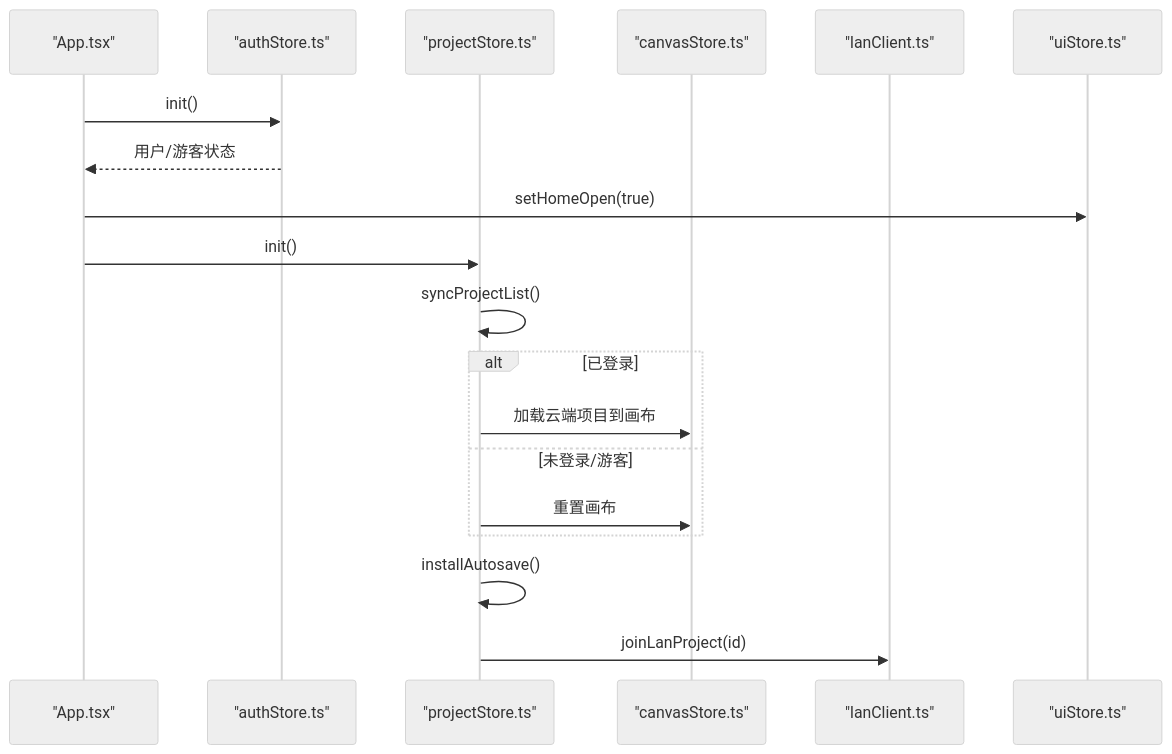
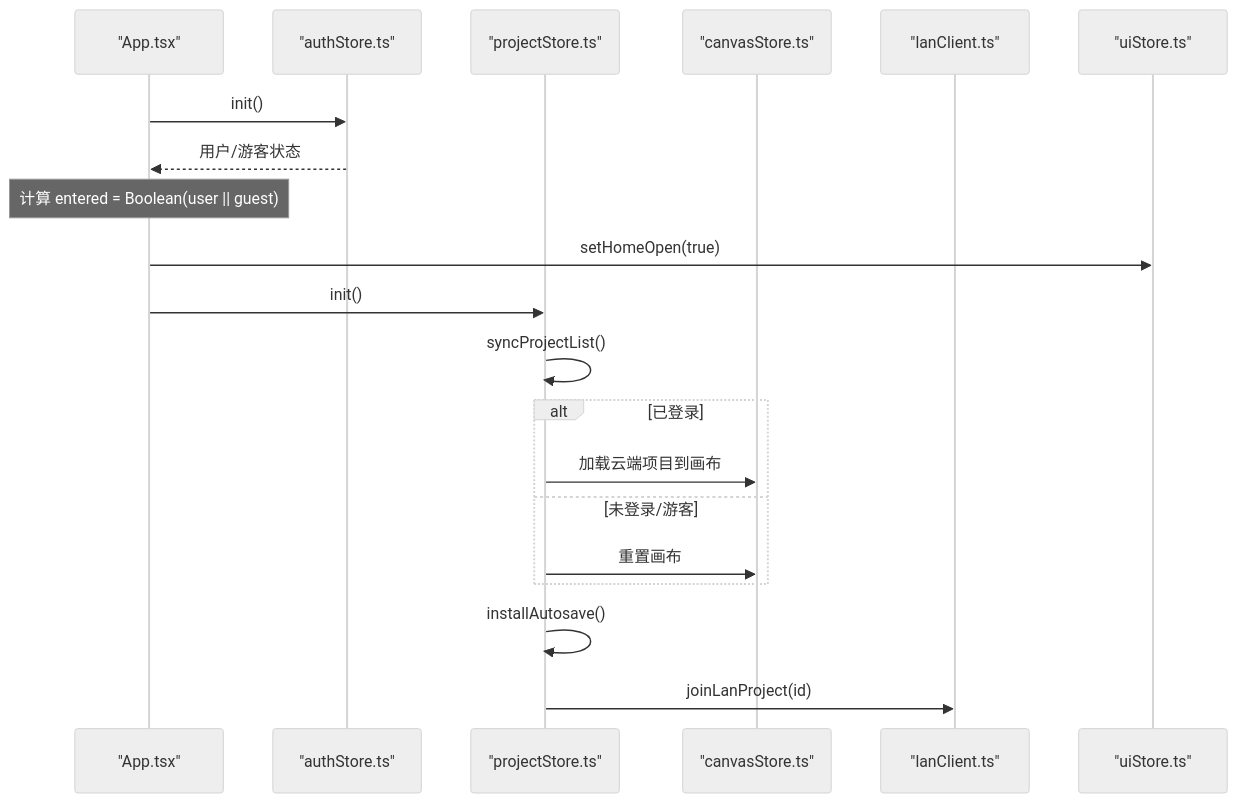
Before and after one commit to suqi-bot/SuQCanvas: the second of 8 diagrams in .qoder/repowiki/zh/content/架构设计/状态管理模式/项目、认证与UI状态/项目、认证与UI状态.md, drawn with Mermaid (neutral theme). The commit also changed other lines of this file and 69 other files, not shown here.

````diff
--- a/.qoder/repowiki/zh/content/架构设计/状态管理模式/项目、认证与UI状态/项目、认证与UI状态.md
+++ b/.qoder/repowiki/zh/content/架构设计/状态管理模式/项目、认证与UI状态/项目、认证与UI状态.md
@@ -119,21 +126,22 @@
 ```mermaid
 sequenceDiagram
 participant A as "App.tsx"
 participant S as "authStore.ts"
 participant P as "projectStore.ts"
 participant C as "canvasStore.ts"
 participant L as "lanClient.ts"
 participant U as "uiStore.ts"
 A->>S : init()
 S-->>A : 用户/游客状态
+Note over A : 计算 entered = Boolean(user || guest)
 A->>U : setHomeOpen(true)
 A->>P : init()
 P->>P : syncProjectList()
 alt 已登录
 P->>C : 加载云端项目到画布
 else 未登录/游客
 P->>C : 重置画布
 end
 P->>P : installAutosave()
 P->>L : joinLanProject(id)
 ```
````
